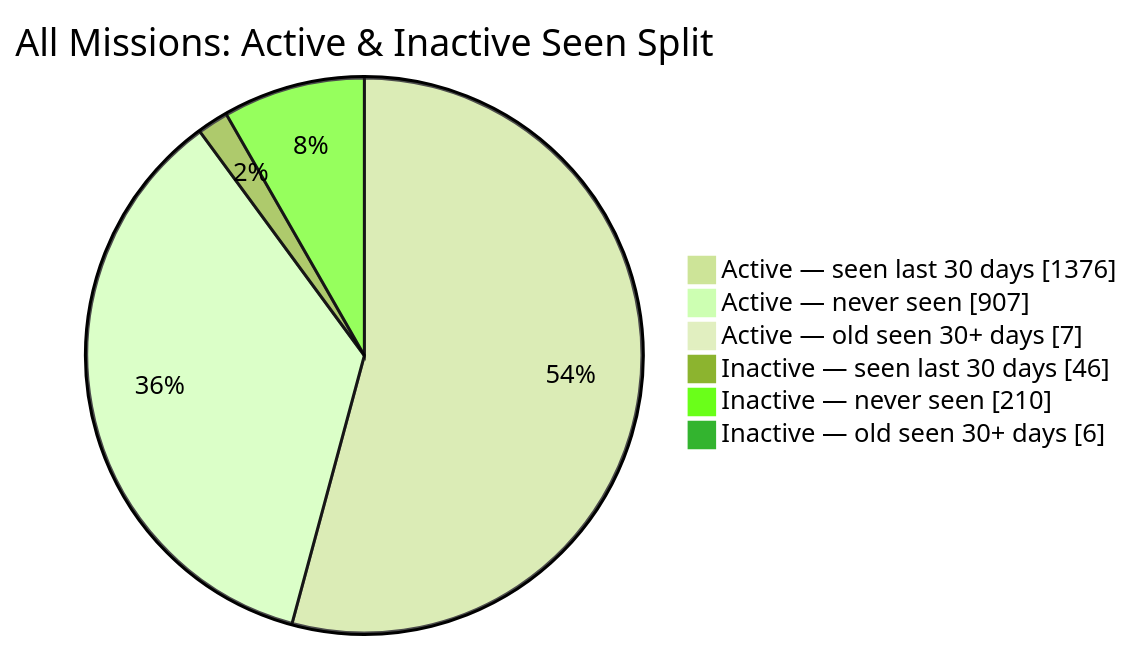
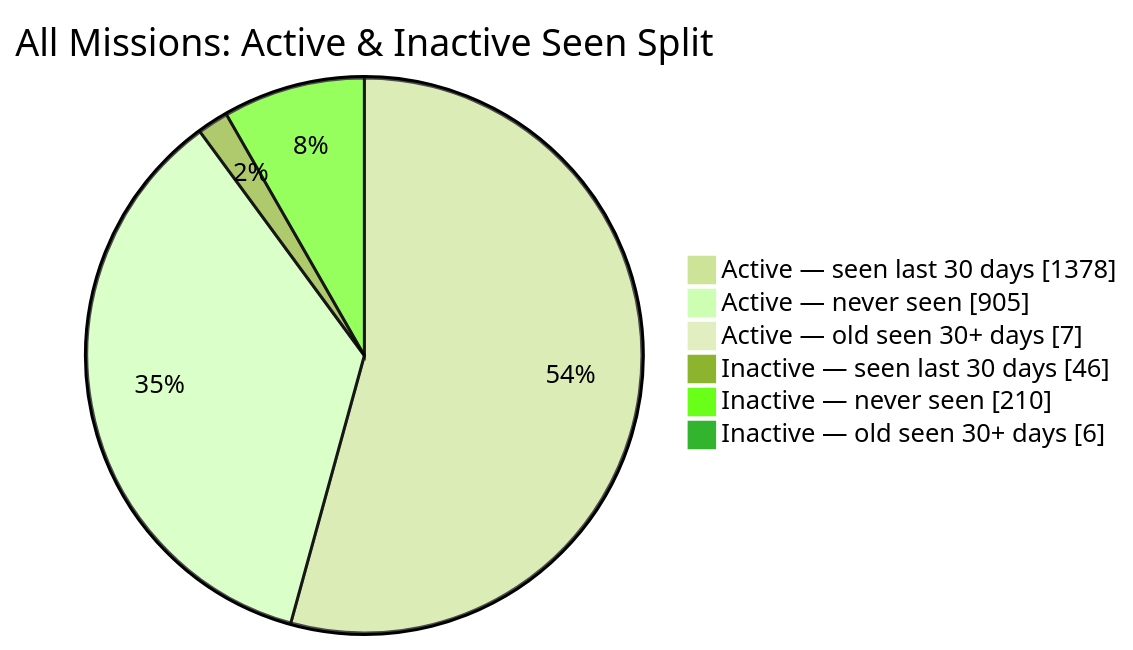
The second of 2 diagrams in README.md (MeldkamerspelGameTeam/active-missions), drawn with Mermaid (forest theme) before and after one commit. The commit also changed other lines of this file and 2 other files, not shown here.

````diff
--- a/README.md
+++ b/README.md
@@ -44,10 +44,10 @@
 ```mermaid
 pie showData
     title All Missions: Active & Inactive Seen Split
-    "Active — seen last 30 days" : 1376
-    "Active — never seen" : 907
+    "Active — seen last 30 days" : 1378
+    "Active — never seen" : 905
     "Active — old seen 30+ days" : 7
     "Inactive — seen last 30 days" : 46
     "Inactive — never seen" : 210
     "Inactive — old seen 30+ days" : 6
 ```
````
